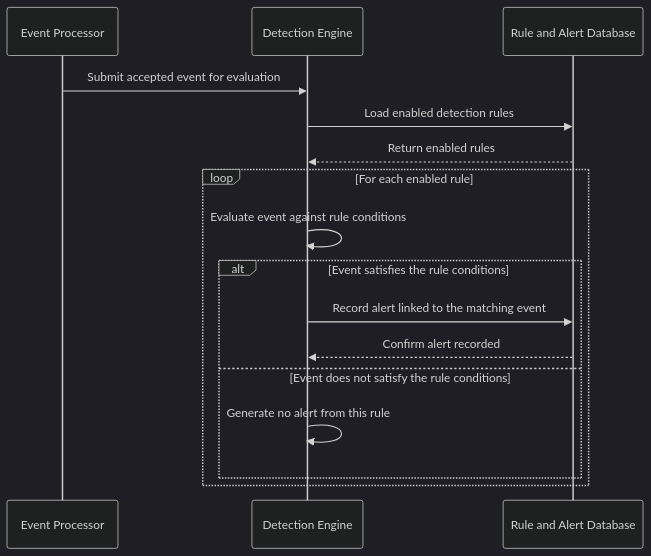
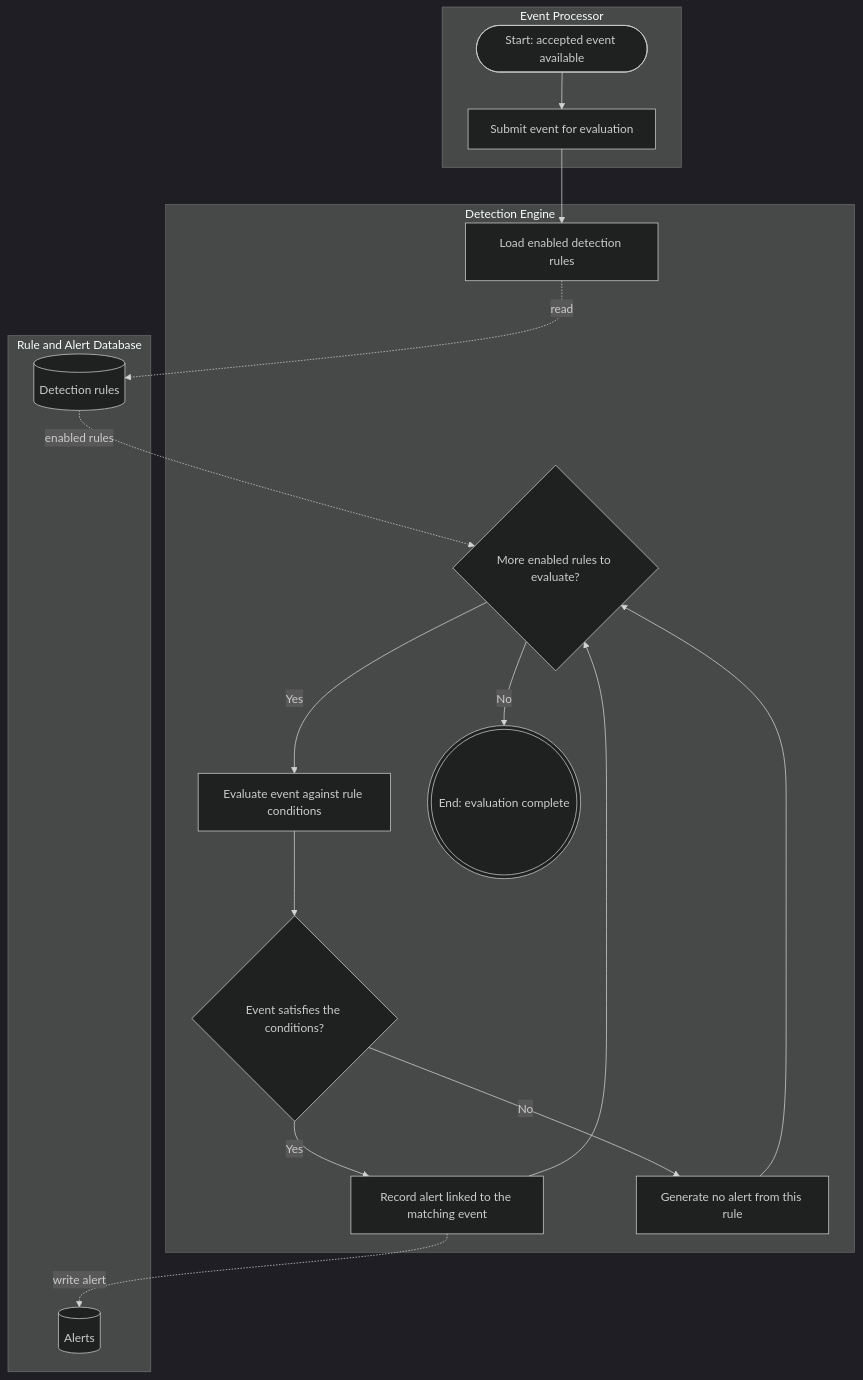
The first of 2 diagrams in docs/analysis/behavior/US-06-detection-alerts.md (El-Dorado26/hive-honeypot-network), drawn with Mermaid (dark theme) before and after one commit. The commit also changed other lines of this file, not shown here.

First line of the commit message:
Revise diagrams and scenarios in US-06 documentation

````diff
--- a/docs/analysis/behavior/US-06-detection-alerts.md
+++ b/docs/analysis/behavior/US-06-detection-alerts.md
@@ -38,21 +40,31 @@
 ```mermaid
-sequenceDiagram
-    participant Proc as Event Processor
-    participant Eng as Detection Engine
-    participant DB as Rule and Alert Database
+flowchart TB
+    subgraph P["Event Processor"]
+        P1(["Start: accepted event available"])
+        P2["Submit event for evaluation"]
+    end
 
-    Proc->>Eng: Submit accepted event for evaluation
-    Eng->>DB: Load enabled detection rules
-    DB-->>Eng: Return enabled rules
+    subgraph E["Detection Engine"]
+        E1["Load enabled detection rules"]
+        E2{"More enabled rules to evaluate?"}
+        E3["Evaluate event against rule conditions"]
+        E4{"Event satisfies the conditions?"}
+        E5["Record alert linked to the matching event"]
+        E6["Generate no alert from this rule"]
+        EE((("End: evaluation complete")))
+    end
 
-    loop For each enabled rule
-        Eng->>Eng: Evaluate event against rule conditions
+    subgraph D["Rule and Alert Database"]
+        D1[("Detection rules")]
+        D2[("Alerts")]
+    end
 
-        alt Event satisfies the rule conditions
-            Eng->>DB: Record alert linked to the matching event
-            DB-->>Eng: Confirm alert recorded
-        else Event does not satisfy the rule conditions
-            Eng->>Eng: Generate no alert from this rule
-        end
-    end
+    P1 --> P2 --> E1
+    E1 -.->|"read"| D1
+    D1 -.->|"enabled rules"| E2
+    E2 -->|"Yes"| E3 --> E4
+    E4 -->|"Yes"| E5 --> E2
+    E4 -->|"No"| E6 --> E2
+    E5 -.->|"write alert"| D2
+    E2 -->|"No"| EE
 ```
````
